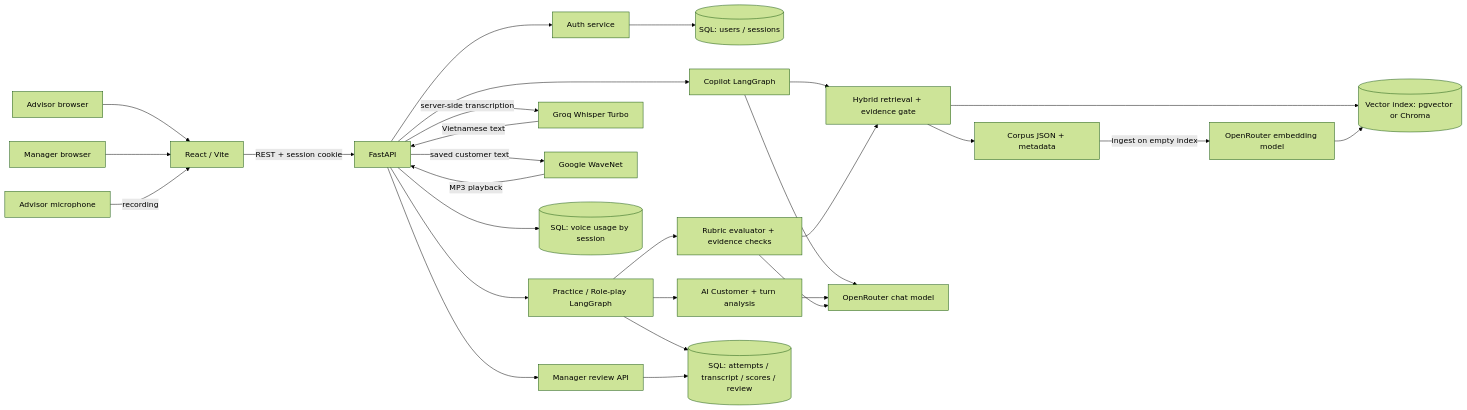
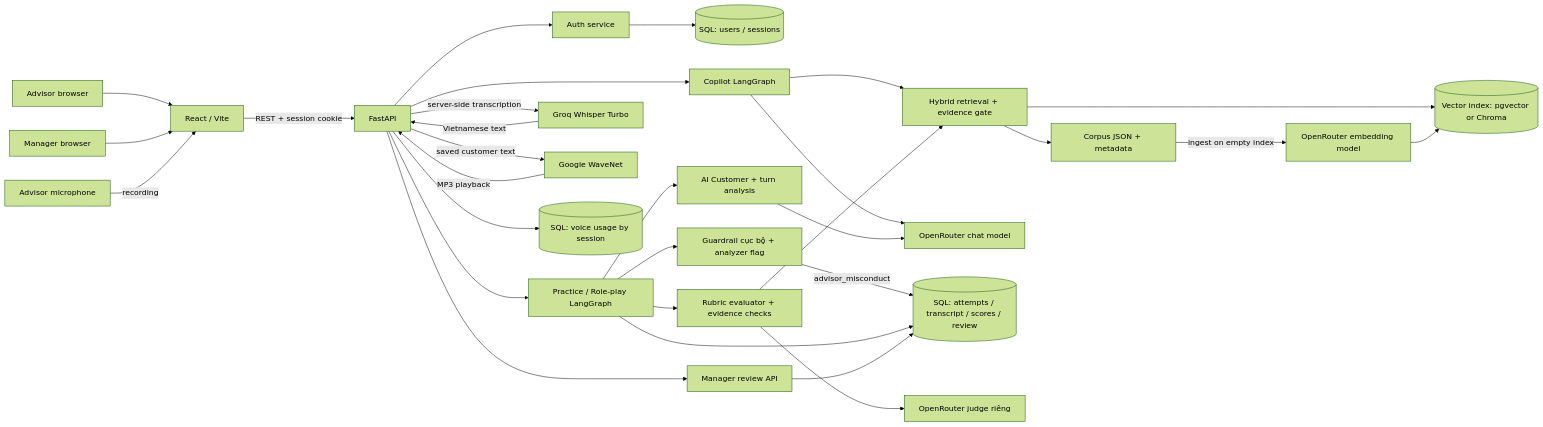
Before and after one commit to AnCoder1310/AI-Sale: the diagram in docs/architecture_diagram.md, drawn with Mermaid (forest theme). The commit also changed other lines of this file and 1 other file, not shown here.

Commit message:
docs(architecture): document current system design with Mermaid diagrams

````diff
--- a/docs/architecture_diagram.md
+++ b/docs/architecture_diagram.md
@@ -3,30 +3,32 @@
 ```mermaid
 flowchart LR
   A[Advisor browser] --> UI[React / Vite]
   M[Manager browser] --> UI
   UI -->|REST + session cookie| API[FastAPI]
   API --> AUTH[Auth service]
   AUTH --> SQL[(SQL: users / sessions)]
   API --> CP[Copilot LangGraph]
   CP --> RET[Hybrid retrieval + evidence gate]
   RET --> CH[(Vector index: pgvector or Chroma)]
   RET --> CORPUS[Corpus JSON + metadata]
   CP --> CHAT[OpenRouter chat model]
   API --> RP[Practice / Role-play LangGraph]
   MIC[Advisor microphone] -->|recording| UI
   API -->|server-side transcription| STT[Groq Whisper Turbo]
   STT -->|Vietnamese text| API
   API -->|saved customer text| TTS[Google WaveNet]
   TTS -->|MP3 playback| API
   API --> USAGE[(SQL: voice usage by session)]
+  RP --> GUARD[Guardrail cục bộ + analyzer flag]
+  GUARD -->|advisor_misconduct| RECORDS
   RP --> CUSTOMER[AI Customer + turn analysis]
   CUSTOMER --> CHAT
   RP --> JUDGE[Rubric evaluator + evidence checks]
-  JUDGE --> CHAT
+  JUDGE --> JMODEL[OpenRouter judge riêng]
   JUDGE --> RET
   RP --> RECORDS[(SQL: attempts / transcript / scores / review)]
   API --> REVIEW[Manager review API]
   REVIEW --> RECORDS
   EMB[OpenRouter embedding model] --> CH
   CORPUS -->|ingest on empty index| EMB
 ```
````
